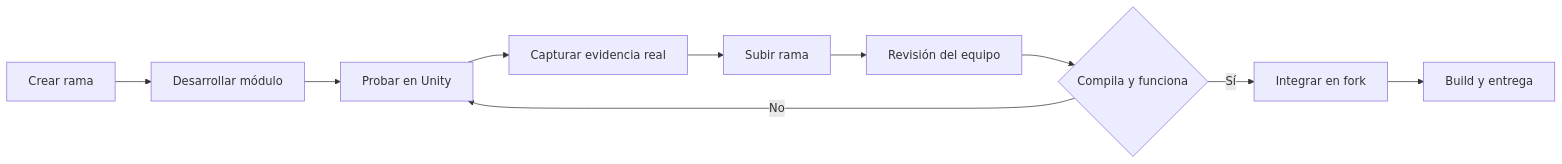
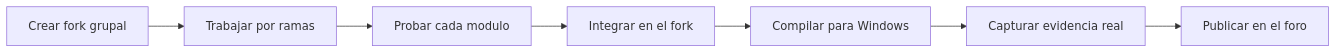
One commit to vicentesystemdev/SuperMarioVicente changed the second of 2 diagrams in README.md. Above: the diagram before and after it, drawn with Mermaid. The commit also changed other lines of this file, not shown here.

````diff
--- a/README.md
+++ b/README.md
@@ -307,12 +183,9 @@
 ```mermaid
 flowchart LR
-    A[Crear rama] --> B[Desarrollar módulo]
-    B --> C[Probar en Unity]
-    C --> D[Capturar evidencia real]
-    D --> E[Subir rama]
-    E --> F[Revisión del equipo]
-    F --> G{Compila y funciona}
-    G -->|No| C
-    G -->|Sí| H[Integrar en fork]
-    H --> I[Build y entrega]
+ A[Crear fork grupal] --> B[Trabajar por ramas]
+ B --> C[Probar cada modulo]
+ C --> D[Integrar en el fork]
+ D --> E[Compilar para Windows]
+ E --> F[Capturar evidencia real]
+ F --> G[Publicar en el foro]
 ```
````
